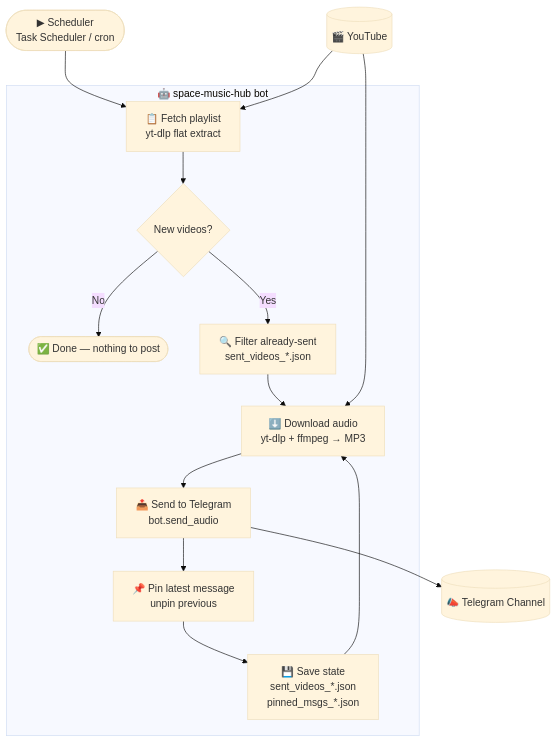
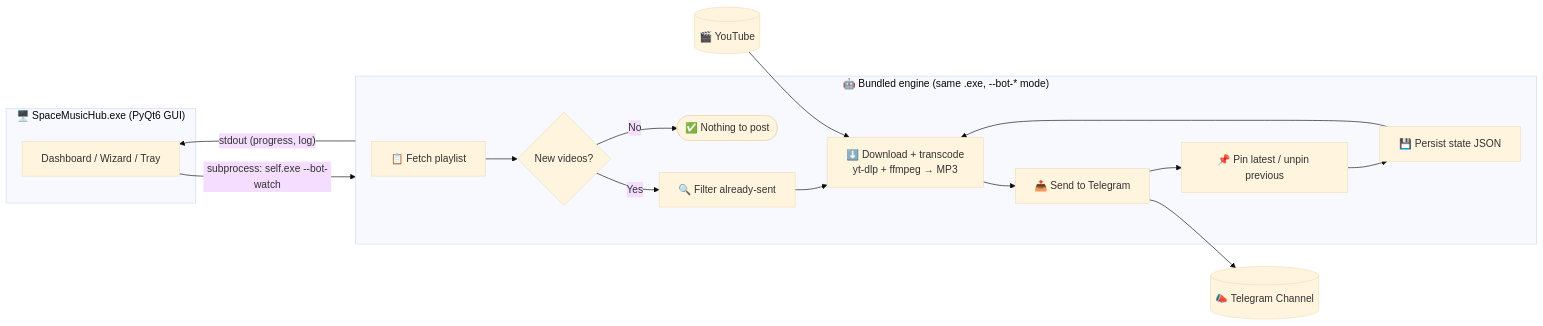
One commit to AAvlasins-dev/Music-from-Youtube-playlist-to-telegram changed the diagram in README.md. Above: the diagram before and after it, drawn with Mermaid (base theme). The commit also changed other lines of this file, not shown here.

First line of the commit message:
docs(readme): lead with the PyQt6 desktop app

````diff
--- a/README.md
+++ b/README.md
@@ -68,19 +80,20 @@
 ```mermaid
-flowchart TD
-    A([▶ Scheduler\nTask Scheduler / cron]) --> B
-
-    subgraph BOT["🤖 space-music-hub bot"]
-        B[📋 Fetch playlist\nyt-dlp flat extract] --> C{New videos?}
-        C -- No --> Z([✅ Done — nothing to post])
-        C -- Yes --> D[🔍 Filter already-sent\nsent_videos_*.json]
-        D --> E[⬇️ Download audio\nyt-dlp + ffmpeg → MP3]
-        E --> F[📤 Send to Telegram\nbot.send_audio]
-        F --> G[📌 Pin latest message\nunpin previous]
-        G --> H[💾 Save state\nsent_videos_*.json\npinned_msgs_*.json]
+flowchart LR
+    subgraph APP["🖥️ SpaceMusicHub.exe (PyQt6 GUI)"]
+        UI[Dashboard / Wizard / Tray]
+    end
+    UI -- "subprocess: self.exe --bot-watch" --> ENG
+    subgraph ENG["🤖 Bundled engine (same .exe, --bot-* mode)"]
+        B[📋 Fetch playlist] --> C{New videos?}
+        C -- No --> Z([✅ Nothing to post])
+        C -- Yes --> D[🔍 Filter already-sent]
+        D --> E[⬇️ Download + transcode\nyt-dlp + ffmpeg → MP3]
+        E --> F[📤 Send to Telegram]
+        F --> G[📌 Pin latest / unpin previous]
+        G --> H[💾 Persist state JSON]
         H --> E
     end
-
-    YT[(🎬 YouTube)] --> B
-    YT --> E
+    ENG -- "stdout (progress, log)" --> UI
+    YT[(🎬 YouTube)] --> E
     F --> TG[(📣 Telegram Channel)]
 ```
````
